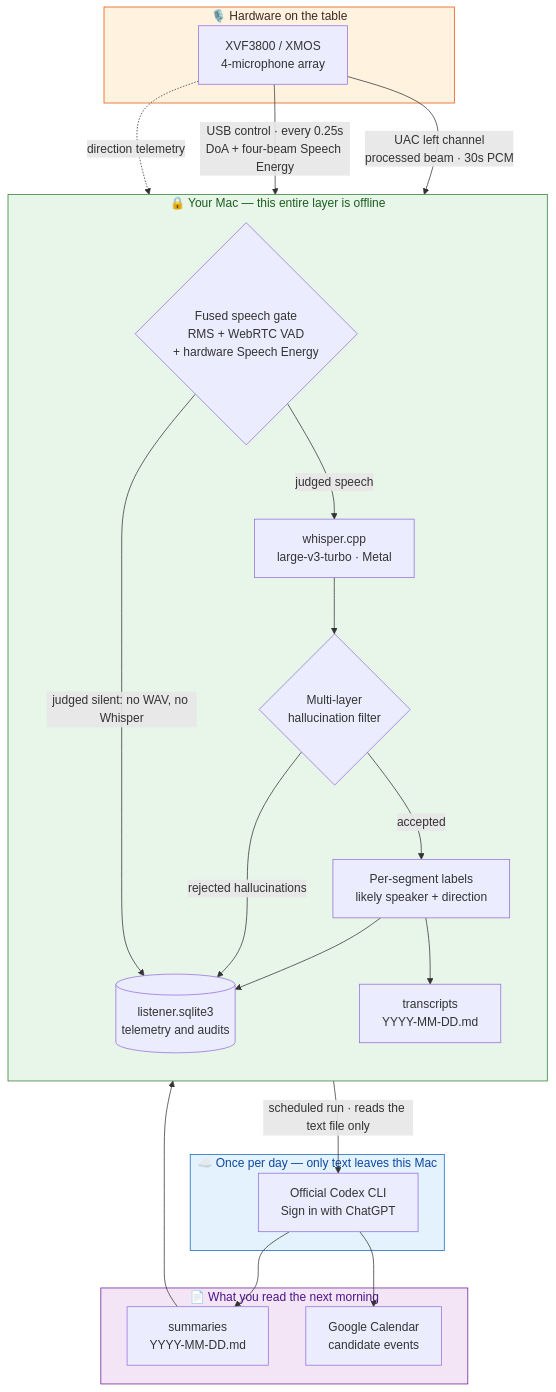
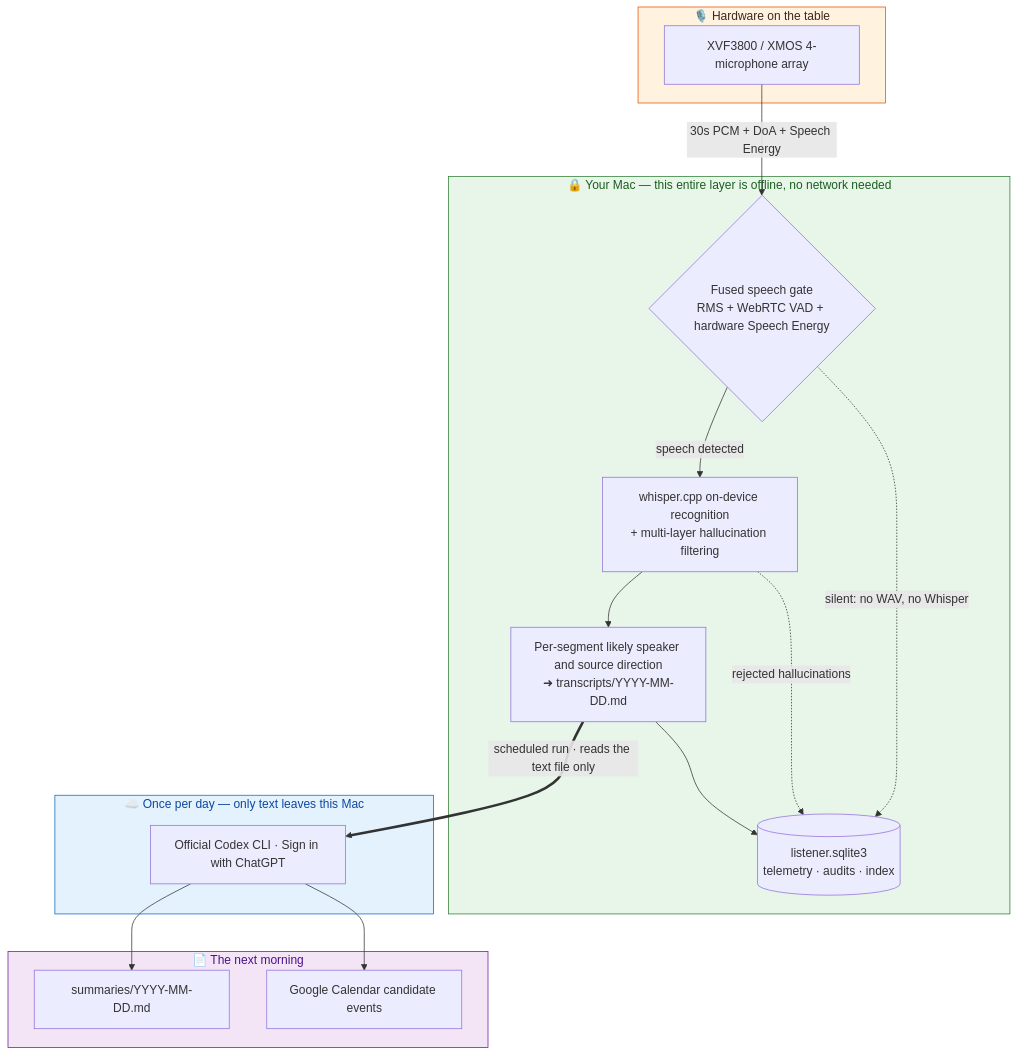
Before and after one commit to pcpcchen-coder/FamilyRecorder: the diagram in README.en.md, drawn with Mermaid. The commit also changed 25 other files, not shown here.

````diff
--- a/README.en.md
+++ b/README.en.md
@@ -46,50 +46,38 @@
 ```mermaid
 flowchart TB
     subgraph HW["🎙️ Hardware on the table"]
-        MIC["XVF3800 / XMOS<br/>4-microphone array"]
+        MIC["XVF3800 / XMOS 4-microphone array"]
     end
 
-    subgraph LOCAL["🔒 Your Mac — this entire layer is offline"]
-        direction TB
-        GATE{"Fused speech gate<br/>RMS + WebRTC VAD<br/>+ hardware Speech Energy"}
-        WHISPER["whisper.cpp<br/>large-v3-turbo · Metal"]
-        FILTER{"Multi-layer<br/>hallucination filter"}
-        ENRICH["Per-segment labels<br/>likely speaker + direction"]
-        MD["transcripts<br/>YYYY-MM-DD.md"]
-        DB[("listener.sqlite3<br/>telemetry and audits")]
+    subgraph LOCAL["🔒 Your Mac — this entire layer is offline, no network needed"]
+        GATE{"Fused speech gate<br/>RMS + WebRTC VAD + hardware Speech Energy"}
+        ASR["whisper.cpp on-device recognition<br/>+ multi-layer hallucination filtering"]
+        MD["Per-segment likely speaker and source direction<br/>➜ transcripts/YYYY-MM-DD.md"]
+        DB[("listener.sqlite3<br/>telemetry · audits · index")]
     end
 
     subgraph CLOUD["☁️ Once per day — only text leaves this Mac"]
-        CODEX["Official Codex CLI<br/>Sign in with ChatGPT"]
+        CODEX["Official Codex CLI · Sign in with ChatGPT"]
     end
 
-    subgraph OUT["📄 What you read the next morning"]
-        SUM["summaries<br/>YYYY-MM-DD.md"]
-        CAL["Google Calendar<br/>candidate events"]
+    subgraph OUT["📄 The next morning"]
+        SUM["summaries/YYYY-MM-DD.md"]
+        CAL["Google Calendar candidate events"]
     end
 
-    MIC -->|"UAC left channel<br/>processed beam · 30s PCM"| GATE
-    MIC -->|"USB control · every 0.25s<br/>DoA + four-beam Speech Energy"| GATE
-    MIC -.->|"direction telemetry"| ENRICH
-
-    GATE -->|"judged silent: no WAV, no Whisper"| DB
-    GATE -->|"judged speech"| WHISPER
-    WHISPER --> FILTER
-    FILTER -->|"rejected hallucinations"| DB
-    FILTER -->|"accepted"| ENRICH
-    ENRICH --> MD
-    ENRICH --> DB
-    MD -->|"scheduled run · reads the text file only"| CODEX
-    CODEX --> SUM
-    CODEX --> CAL
-    SUM --> DB
+    MIC -->|"30s PCM + DoA + Speech Energy"| GATE
+    GATE -->|"speech detected"| ASR --> MD
+    GATE -.->|"silent: no WAV, no Whisper"| DB
+    ASR -.->|"rejected hallucinations"| DB
+    MD --> DB
+    MD ==>|"scheduled run · reads the text file only"| CODEX --> SUM & CAL
 
     classDef hw fill:#fff3e0,stroke:#e65100,color:#3e2723
     classDef local fill:#e8f5e9,stroke:#2e7d32,color:#1b5e20
     classDef cloud fill:#e3f2fd,stroke:#1565c0,color:#0d47a1
     classDef out fill:#f3e5f5,stroke:#6a1b9a,color:#4a148c
     class HW hw
     class LOCAL local
     class CLOUD cloud
     class OUT out
 ```
````
